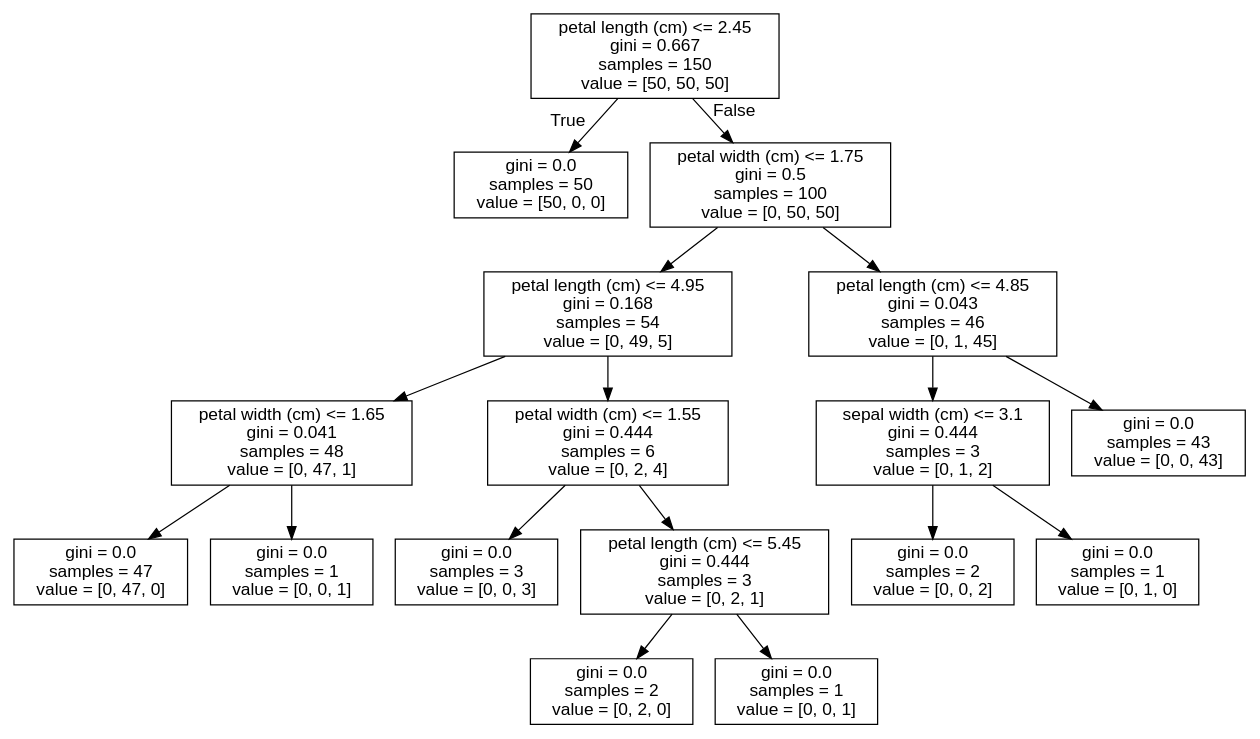
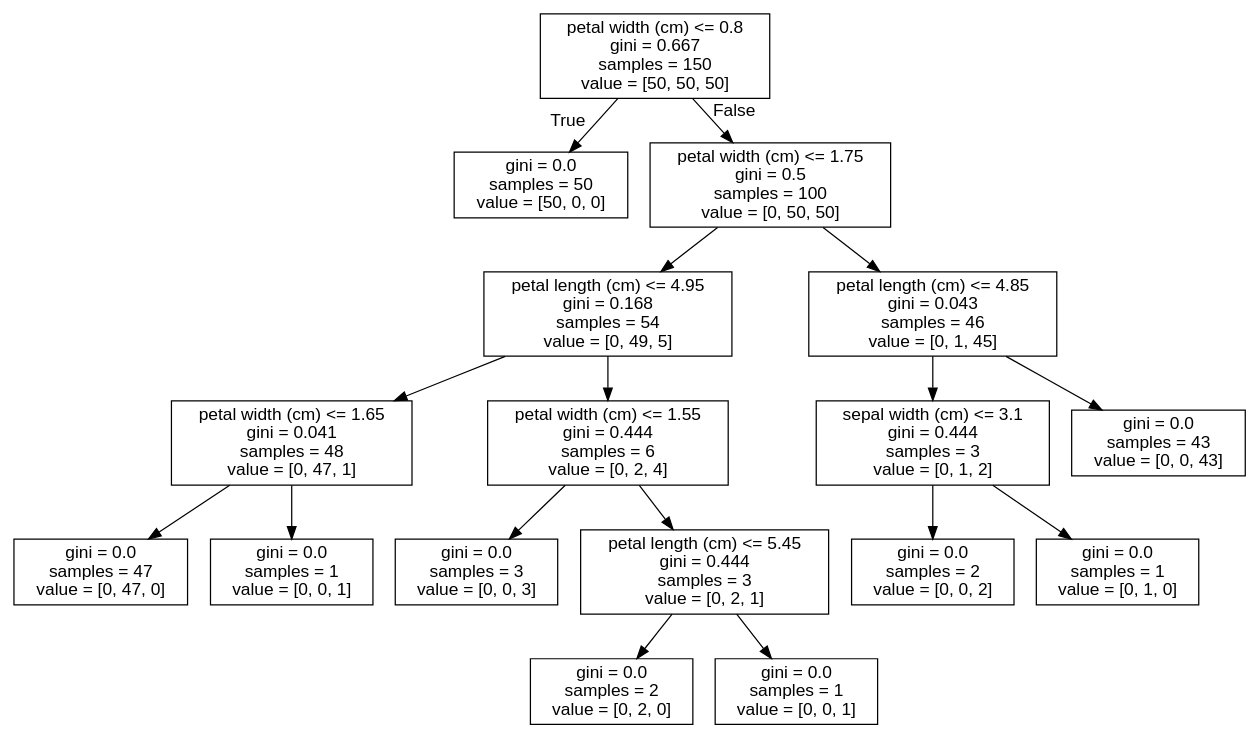
The diagram in 06_Arvore_Descisao/example.dot (MatheusAlves-collab/Data_Science), drawn with Graphviz before and after one commit. The commit also changed 3 other files, not shown here.

```diff
--- a/06_Arvore_Descisao/example.dot
+++ b/06_Arvore_Descisao/example.dot
@@ -1,37 +1,37 @@
 digraph Tree {
 node [shape=box, fontname="helvetica"] ;
 edge [fontname="helvetica"] ;
-0 [label="petal length (cm) <= 2.45\ngini = 0.667\nsamples = 150\nvalue = [50, 50, 50]"] ;
+0 [label="petal width (cm) <= 0.8\ngini = 0.667\nsamples = 150\nvalue = [50, 50, 50]"] ;
 1 [label="gini = 0.0\nsamples = 50\nvalue = [50, 0, 0]"] ;
 0 -> 1 [labeldistance=2.5, labelangle=45, headlabel="True"] ;
 2 [label="petal width (cm) <= 1.75\ngini = 0.5\nsamples = 100\nvalue = [0, 50, 50]"] ;
 0 -> 2 [labeldistance=2.5, labelangle=-45, headlabel="False"] ;
 3 [label="petal length (cm) <= 4.95\ngini = 0.168\nsamples = 54\nvalue = [0, 49, 5]"] ;
 2 -> 3 ;
 4 [label="petal width (cm) <= 1.65\ngini = 0.041\nsamples = 48\nvalue = [0, 47, 1]"] ;
 3 -> 4 ;
 5 [label="gini = 0.0\nsamples = 47\nvalue = [0, 47, 0]"] ;
 4 -> 5 ;
 6 [label="gini = 0.0\nsamples = 1\nvalue = [0, 0, 1]"] ;
 4 -> 6 ;
 7 [label="petal width (cm) <= 1.55\ngini = 0.444\nsamples = 6\nvalue = [0, 2, 4]"] ;
 3 -> 7 ;
 8 [label="gini = 0.0\nsamples = 3\nvalue = [0, 0, 3]"] ;
 7 -> 8 ;
 9 [label="petal length (cm) <= 5.45\ngini = 0.444\nsamples = 3\nvalue = [0, 2, 1]"] ;
 7 -> 9 ;
 10 [label="gini = 0.0\nsamples = 2\nvalue = [0, 2, 0]"] ;
 9 -> 10 ;
 11 [label="gini = 0.0\nsamples = 1\nvalue = [0, 0, 1]"] ;
 9 -> 11 ;
 12 [label="petal length (cm) <= 4.85\ngini = 0.043\nsamples = 46\nvalue = [0, 1, 45]"] ;
 2 -> 12 ;
 13 [label="sepal width (cm) <= 3.1\ngini = 0.444\nsamples = 3\nvalue = [0, 1, 2]"] ;
 12 -> 13 ;
 14 [label="gini = 0.0\nsamples = 2\nvalue = [0, 0, 2]"] ;
 13 -> 14 ;
 15 [label="gini = 0.0\nsamples = 1\nvalue = [0, 1, 0]"] ;
 13 -> 15 ;
 16 [label="gini = 0.0\nsamples = 43\nvalue = [0, 0, 43]"] ;
 12 -> 16 ;
 }
```
